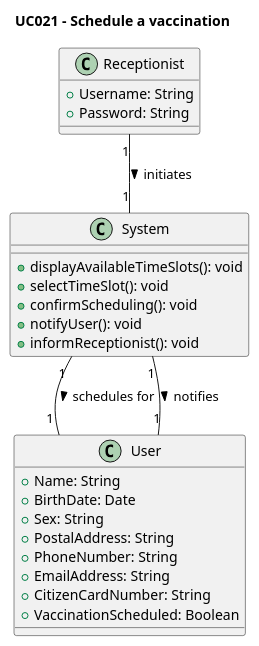
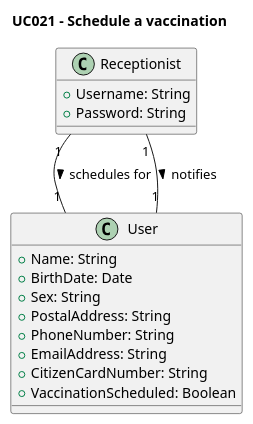
The diagram in sns-base/doc/global/use-cases/UC021/ucd-UCD021.puml (rafaafig/SnsTrab), drawn with PlantUML before and after one commit. The commit also changed 10 other files, not shown here.

```diff
--- a/sns-base/doc/global/use-cases/UC021/ucd-UCD021.puml
+++ b/sns-base/doc/global/use-cases/UC021/ucd-UCD021.puml
@@ -1,36 +1,27 @@
 @startuml
 'skinparam monochrome true
 'skinparam shadowing false
 
 title UC021 - Schedule a vaccination
 
 class Receptionist {
     +Username: String
     +Password: String
-}
-
-class System {
-    +displayAvailableTimeSlots(): void
-    +selectTimeSlot(): void
-    +confirmScheduling(): void
-    +notifyUser(): void
-    +informReceptionist(): void
 }
 
 class User {
     +Name: String
     +BirthDate: Date
     +Sex: String
     +PostalAddress: String
     +PhoneNumber: String
     +EmailAddress: String
     +CitizenCardNumber: String
     +VaccinationScheduled: Boolean
 }
 
 ' Relationships
-Receptionist "1" -- "1" System : initiates >
-System "1" -- "1" User : schedules for >
-System "1" -- "1" User : notifies >
+Receptionist "1" -- "1" User : schedules for >
+Receptionist "1" -- "1" User : notifies >
 
 @enduml
```
